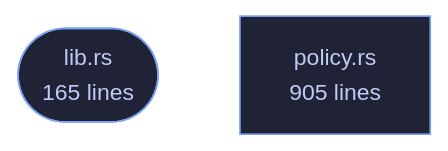
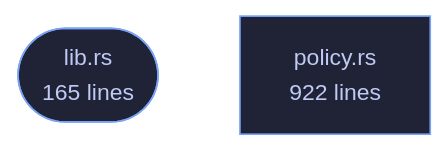
The diagram in crates/veilvoice-policy/README.md (tilas01/veilvoice), drawn with Mermaid before and after one commit. The commit also changed other lines of this file and 44 other files, not shown here.

````diff
--- a/crates/veilvoice-policy/README.md
+++ b/crates/veilvoice-policy/README.md
@@ -104,8 +104,8 @@
 ```mermaid
 %%{init: {"theme":"base","themeVariables":{"background":"#1a1b26","primaryColor":"#1f2335","primaryTextColor":"#c0caf5","primaryBorderColor":"#7aa2f7","secondaryColor":"#16161e","tertiaryColor":"#16161e","lineColor":"#737aa2","textColor":"#c0caf5","mainBkg":"#1f2335","nodeBorder":"#7aa2f7","clusterBkg":"#16161e","clusterBorder":"#2f3549","fontFamily":"ui-monospace, SFMono-Regular, Consolas, monospace","fontSize":"14px"}}}%%
 flowchart TD
     n_lib(["lib.rs<br/>165 lines"])
-    n_policy["policy.rs<br/>905 lines"]
+    n_policy["policy.rs<br/>922 lines"]
     click n_lib href "https://github.com/tilas01/veilvoice/blob/main/crates/veilvoice-policy/src/lib.rs" "open the source"
     click n_policy href "https://github.com/tilas01/veilvoice/blob/main/crates/veilvoice-policy/src/policy.rs" "open the source"
 ```
````
